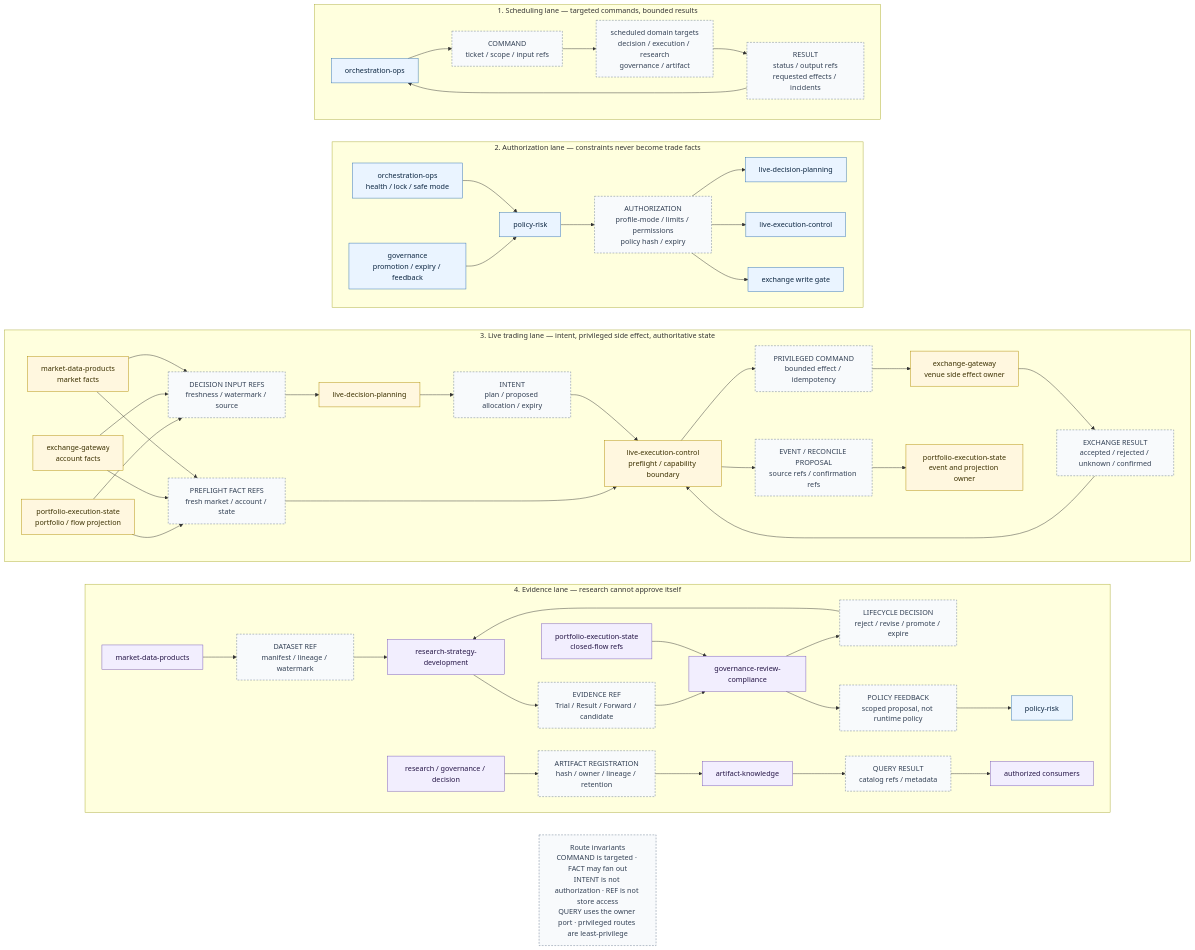
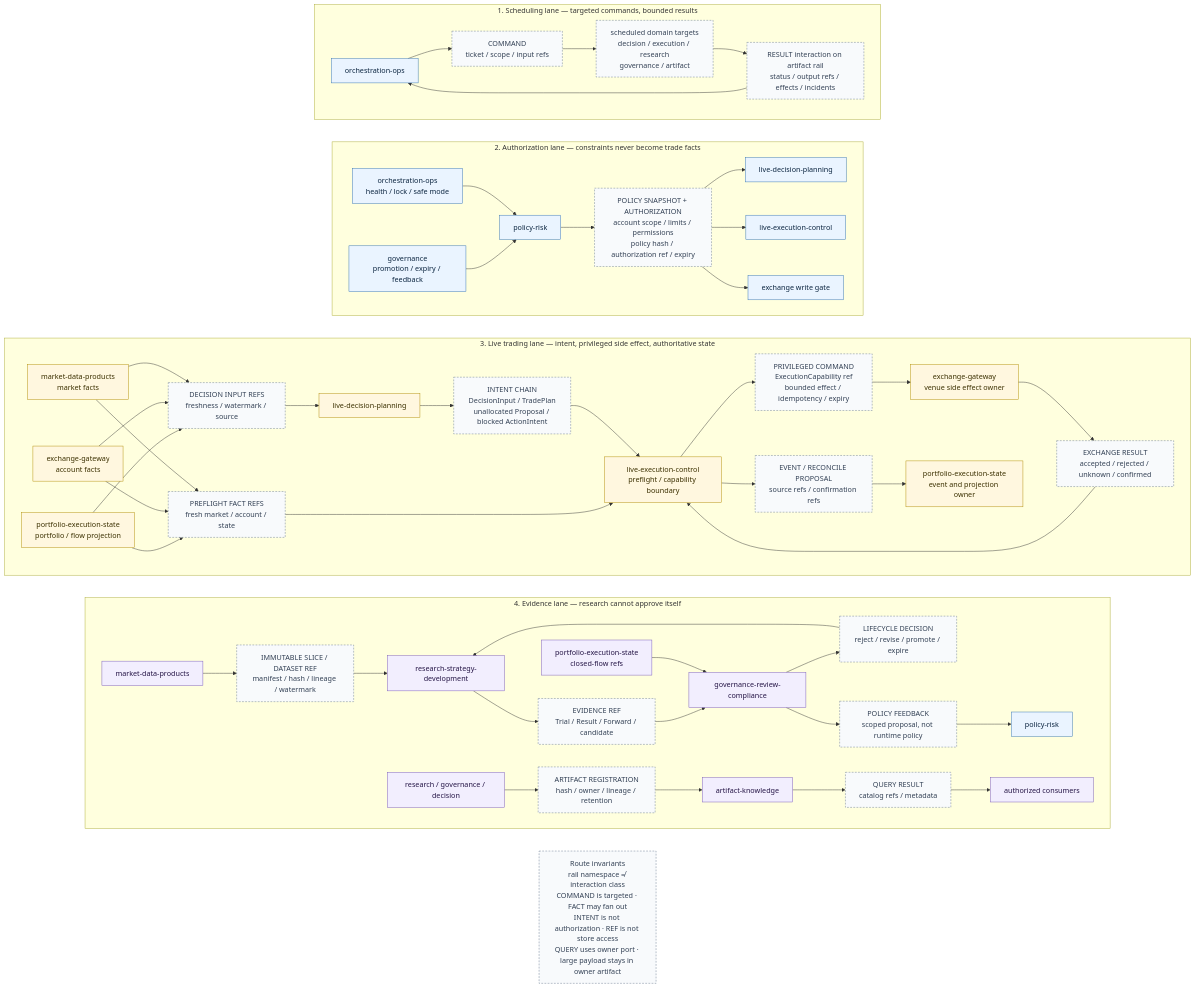
The diagram in docs/architecture/architecture-communication-v2.mmd (qOeOp/trade), drawn with Mermaid before and after one commit. The commit also changed 168 other files, not shown here.

```diff
--- a/docs/architecture/architecture-communication-v2.mmd
+++ b/docs/architecture/architecture-communication-v2.mmd
@@ -1,74 +1,74 @@
 flowchart TB
   %% Cross-domain communication lanes. Domains may appear in more than one lane;
   %% the canonical publisher/consumer list lives in design-architecture.md.
 
   subgraph SCHEDULE["1. Scheduling lane — targeted commands, bounded results"]
     direction LR
     S_ORCH["orchestration-ops"] --> S_CMD["COMMAND<br/>ticket / scope / input refs"]
     S_CMD --> S_TARGETS["scheduled domain targets<br/>decision / execution / research<br/>governance / artifact"]
-    S_TARGETS --> S_RESULT["RESULT<br/>status / output refs<br/>requested effects / incidents"]
+    S_TARGETS --> S_RESULT["RESULT interaction on artifact rail<br/>status / output refs / effects / incidents"]
     S_RESULT --> S_ORCH
   end
 
   subgraph AUTH["2. Authorization lane — constraints never become trade facts"]
     direction LR
     A_OPS["orchestration-ops<br/>health / lock / safe mode"] --> A_POLICY["policy-risk"]
     A_GOV["governance<br/>promotion / expiry / feedback"] --> A_POLICY
-    A_POLICY --> A_SNAPSHOT["AUTHORIZATION<br/>profile-mode / limits / permissions<br/>policy hash / expiry"]
+    A_POLICY --> A_SNAPSHOT["POLICY SNAPSHOT + AUTHORIZATION<br/>account scope / limits / permissions<br/>policy hash / authorization ref / expiry"]
     A_SNAPSHOT --> A_DECISION["live-decision-planning"]
     A_SNAPSHOT --> A_EXECUTION["live-execution-control"]
     A_SNAPSHOT --> A_EXCHANGE["exchange write gate"]
   end
 
   subgraph LIVE["3. Live trading lane — intent, privileged side effect, authoritative state"]
     direction LR
     L_MARKET["market-data-products<br/>market facts"] --> L_INPUTS["DECISION INPUT REFS<br/>freshness / watermark / source"]
     L_EXCHANGE_FACTS["exchange-gateway<br/>account facts"] --> L_INPUTS
     L_STATE_FACTS["portfolio-execution-state<br/>portfolio / flow projection"] --> L_INPUTS
     L_MARKET --> L_GUARDS["PREFLIGHT FACT REFS<br/>fresh market / account / state"]
     L_EXCHANGE_FACTS --> L_GUARDS
     L_STATE_FACTS --> L_GUARDS
     L_INPUTS --> L_DECISION["live-decision-planning"]
-    L_DECISION --> L_INTENT["INTENT<br/>plan / proposed allocation / expiry"]
+    L_DECISION --> L_INTENT["INTENT CHAIN<br/>DecisionInput / TradePlan<br/>unallocated Proposal / blocked ActionIntent"]
     L_INTENT --> L_EXECUTION["live-execution-control<br/>preflight / capability boundary"]
     L_GUARDS --> L_EXECUTION
-    L_EXECUTION --> L_COMMAND["PRIVILEGED COMMAND<br/>bounded effect / idempotency"]
+    L_EXECUTION --> L_COMMAND["PRIVILEGED COMMAND<br/>ExecutionCapability ref<br/>bounded effect / idempotency / expiry"]
     L_COMMAND --> L_EXCHANGE["exchange-gateway<br/>venue side effect owner"]
     L_EXCHANGE --> L_RESULT["EXCHANGE RESULT<br/>accepted / rejected / unknown / confirmed"]
     L_RESULT --> L_EXECUTION
     L_EXECUTION --> L_EVENT["EVENT / RECONCILE PROPOSAL<br/>source refs / confirmation refs"]
     L_EVENT --> L_STATE["portfolio-execution-state<br/>event and projection owner"]
   end
 
   subgraph EVIDENCE["4. Evidence lane — research cannot approve itself"]
     direction LR
-    E_MARKET["market-data-products"] --> E_DATASET["DATASET REF<br/>manifest / lineage / watermark"]
+    E_MARKET["market-data-products"] --> E_DATASET["IMMUTABLE SLICE / DATASET REF<br/>manifest / hash / lineage / watermark"]
     E_DATASET --> E_RESEARCH["research-strategy-development"]
     E_RESEARCH --> E_EVIDENCE["EVIDENCE REF<br/>Trial / Result / Forward / candidate"]
     E_EVIDENCE --> E_GOV["governance-review-compliance"]
     E_STATE["portfolio-execution-state<br/>closed-flow refs"] --> E_GOV
     E_GOV --> E_DECISION["LIFECYCLE DECISION<br/>reject / revise / promote / expire"]
     E_DECISION --> E_RESEARCH
     E_GOV --> E_FEEDBACK["POLICY FEEDBACK<br/>scoped proposal, not runtime policy"]
     E_FEEDBACK --> E_POLICY["policy-risk"]
     E_PRODUCERS["research / governance / decision"] --> E_REGISTER["ARTIFACT REGISTRATION<br/>hash / owner / lineage / retention"]
     E_REGISTER --> E_ARTIFACT["artifact-knowledge"]
     E_ARTIFACT --> E_QUERY["QUERY RESULT<br/>catalog refs / metadata"]
     E_QUERY --> E_CONSUMERS["authorized consumers"]
   end
 
-  LEGEND["Route invariants<br/>COMMAND is targeted · FACT may fan out<br/>INTENT is not authorization · REF is not store access<br/>QUERY uses the owner port · privileged routes are least-privilege"]
+  LEGEND["Route invariants<br/>rail namespace ≠ interaction class<br/>COMMAND is targeted · FACT may fan out<br/>INTENT is not authorization · REF is not store access<br/>QUERY uses owner port · large payload stays in owner artifact"]
 
   S_ORCH ~~~ A_OPS
   A_OPS ~~~ L_MARKET
   L_MARKET ~~~ E_MARKET
   E_MARKET ~~~ LEGEND
 
   classDef control fill:#eaf4ff,stroke:#2f6fb0,color:#0b2540;
   classDef live fill:#fff7df,stroke:#b08a00,color:#3b3000;
   classDef evidence fill:#f2eefe,stroke:#7556b8,color:#241445;
   classDef contract fill:#f8fafc,stroke:#64748b,color:#334155,stroke-dasharray:4 3;
   class S_ORCH,A_OPS,A_POLICY,A_GOV,A_DECISION,A_EXECUTION,A_EXCHANGE,E_POLICY control;
   class L_MARKET,L_EXCHANGE_FACTS,L_STATE_FACTS,L_DECISION,L_EXECUTION,L_EXCHANGE,L_STATE live;
   class E_MARKET,E_RESEARCH,E_GOV,E_ARTIFACT,E_PRODUCERS,E_CONSUMERS,E_STATE evidence;
   class S_CMD,S_TARGETS,S_RESULT,A_SNAPSHOT,L_INPUTS,L_GUARDS,L_INTENT,L_COMMAND,L_RESULT,L_EVENT,E_DATASET,E_EVIDENCE,E_DECISION,E_FEEDBACK,E_REGISTER,E_QUERY,LEGEND contract;
```
